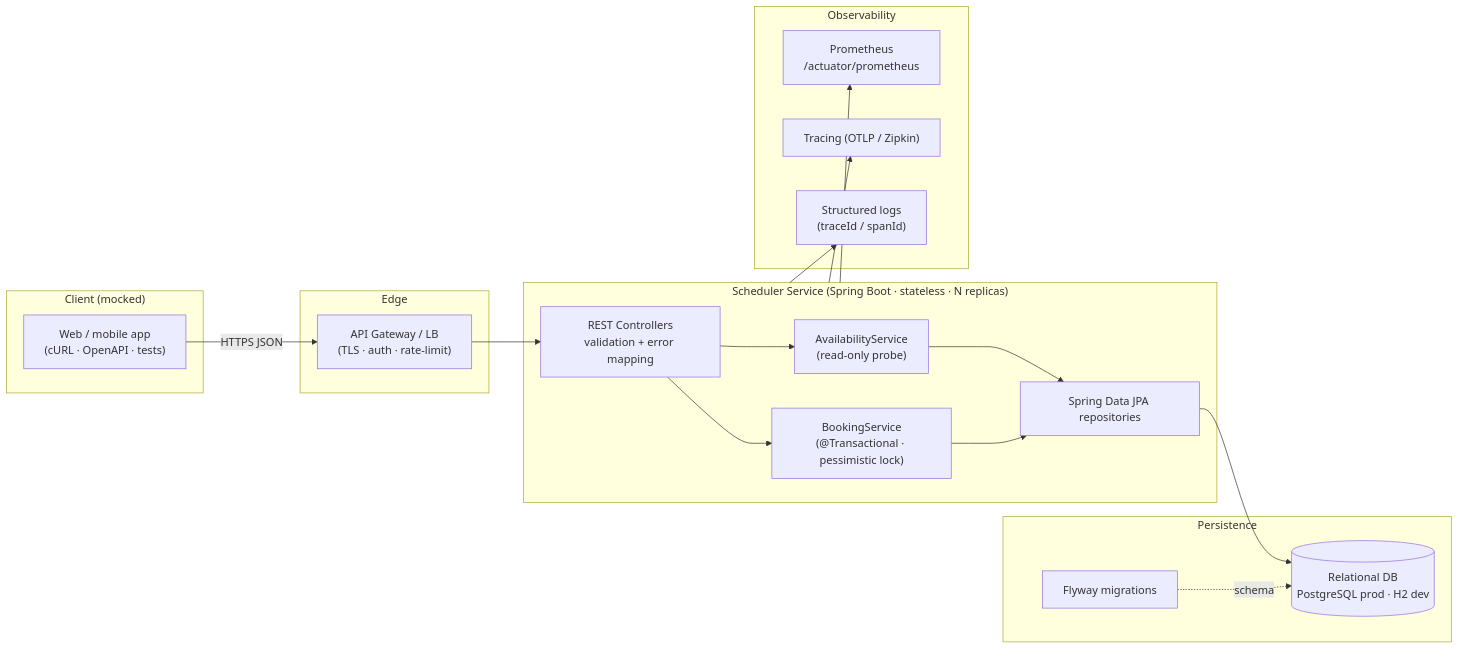
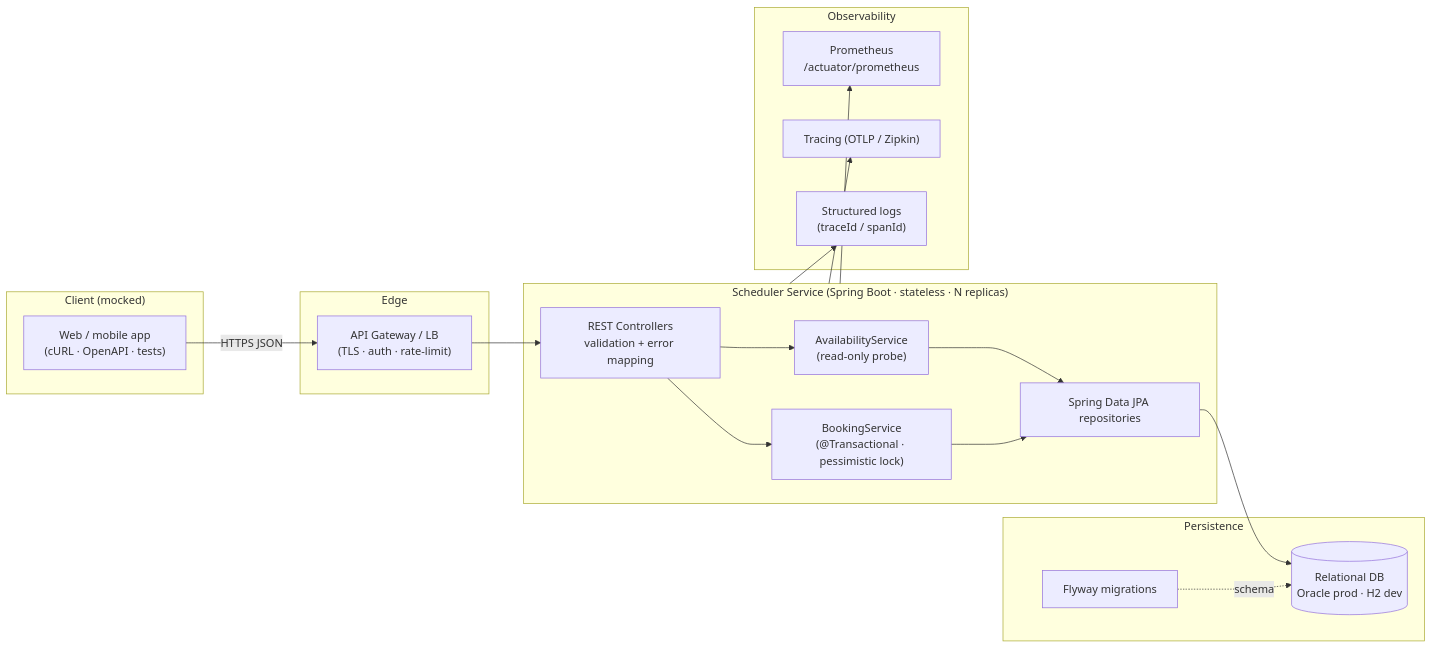
Before and after one commit to chiencao/keyloop: the first of 5 diagrams in docs/system-design.md, drawn with Mermaid. The commit also changed other lines of this file and 8 other files, not shown here.

````diff
--- a/docs/system-design.md
+++ b/docs/system-design.md
@@ -30,36 +30,36 @@
 ```mermaid
 flowchart LR
     subgraph Client["Client (mocked)"]
       UI["Web / mobile app<br/>(cURL · OpenAPI · tests)"]
     end
 
     subgraph Edge["Edge"]
       GW["API Gateway / LB<br/>(TLS · auth · rate-limit)"]
     end
 
     subgraph App["Scheduler Service (Spring Boot · stateless · N replicas)"]
       C["REST Controllers<br/>validation + error mapping"]
       AV["AvailabilityService<br/>(read-only probe)"]
       BK["BookingService<br/>(@Transactional · pessimistic lock)"]
       R["Spring Data JPA repositories"]
     end
 
     subgraph Data["Persistence"]
-      DB[("Relational DB<br/>PostgreSQL prod · H2 dev")]
+      DB[("Relational DB<br/>Oracle prod · H2 dev")]
       FW["Flyway migrations"]
     end
 
     subgraph Obs["Observability"]
       MET["Prometheus<br/>/actuator/prometheus"]
       TR["Tracing (OTLP / Zipkin)"]
       LOG["Structured logs<br/>(traceId / spanId)"]
     end
 
     UI -->|HTTPS JSON| GW --> C
     C --> AV --> R
     C --> BK --> R --> DB
     FW -. schema .-> DB
     App --> MET
     App --> TR
     App --> LOG
 ```
````
